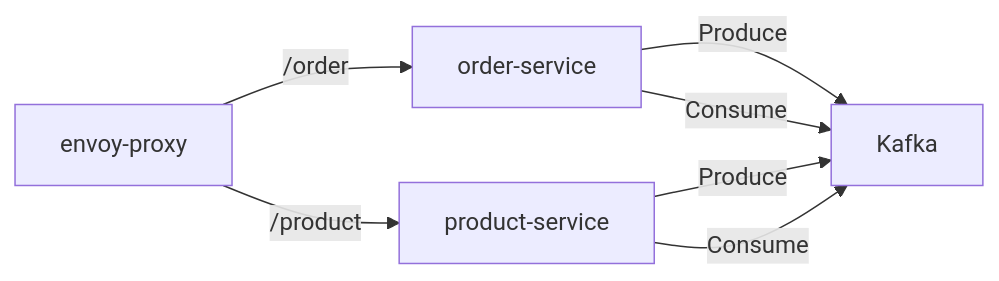
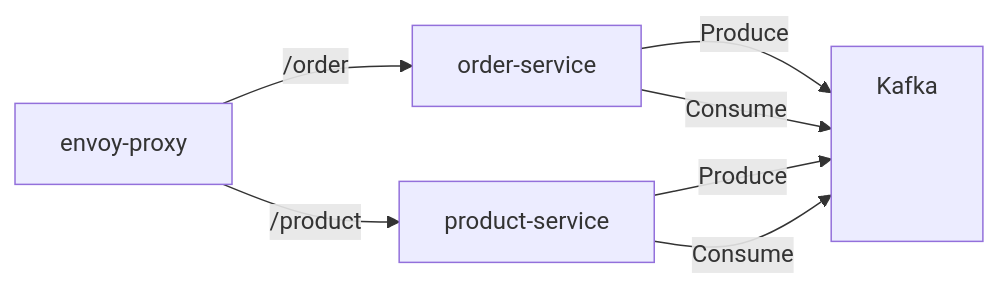
Before and after one commit to HuyCuongBuiCong/kafka-nestjs-k8s: the diagram in readme.md, drawn with Mermaid.

Commit message:
Update readme.md
try new mermaid to make kafka height longer

````diff
--- a/readme.md
+++ b/readme.md
@@ -5,10 +5,10 @@
 ```mermaid
 graph LR;
-    A[envoy-proxy] -- /order --> C[order-service]
-    A[envoy-proxy] -- /product --> D[product-service]
-    C[order-service] -- Produce --> B[Kafka]
-    D[product-service] -- Produce --> B[Kafka]
+A[envoy-proxy] -- /order --> C[order-service]
+A[envoy-proxy] -- /product --> D[product-service]
+C[order-service] -- Produce --> B[<div style="height: 100px;">Kafka</div>]
+D[product-service] -- Produce --> B
+C[order-service] -- Consume --> B
+D[product-service] -- Consume --> B
 
-    C[order-service] -- Consume --> B[Kafka]
-    D[product-service] -- Consume --> B[Kafka]
 ```
````
